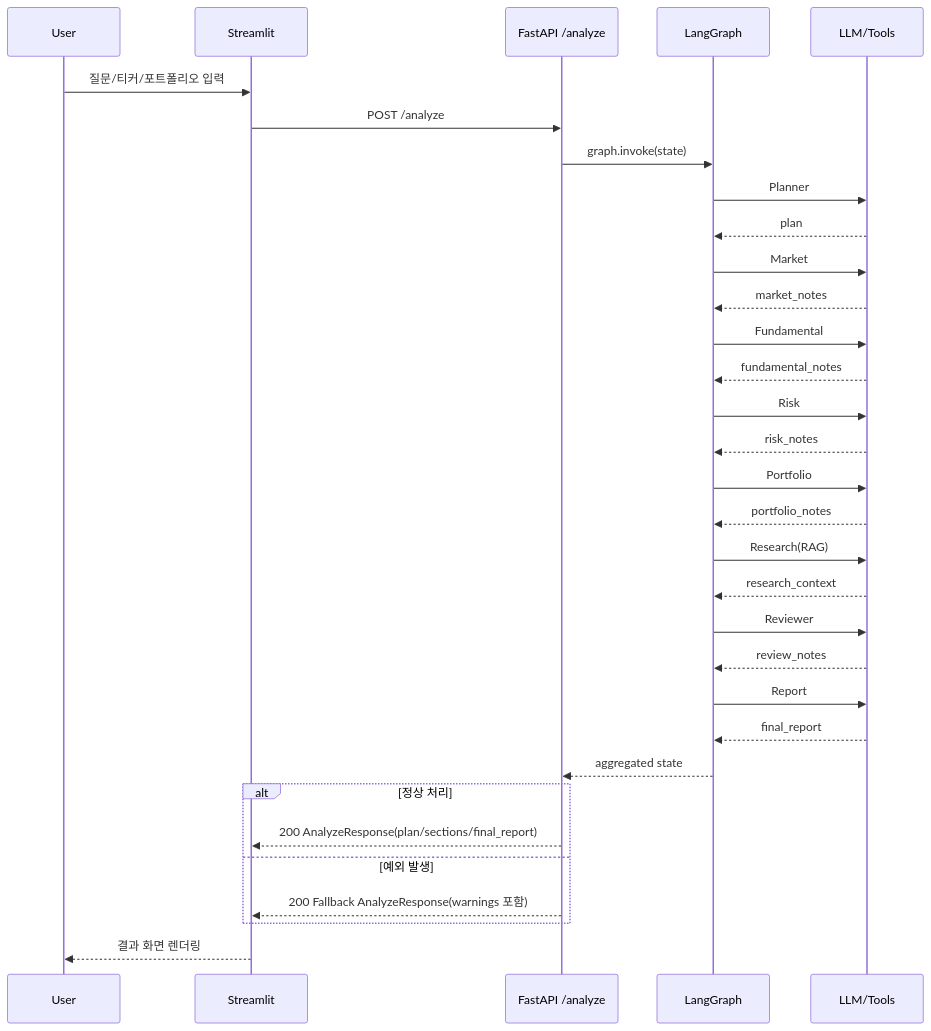
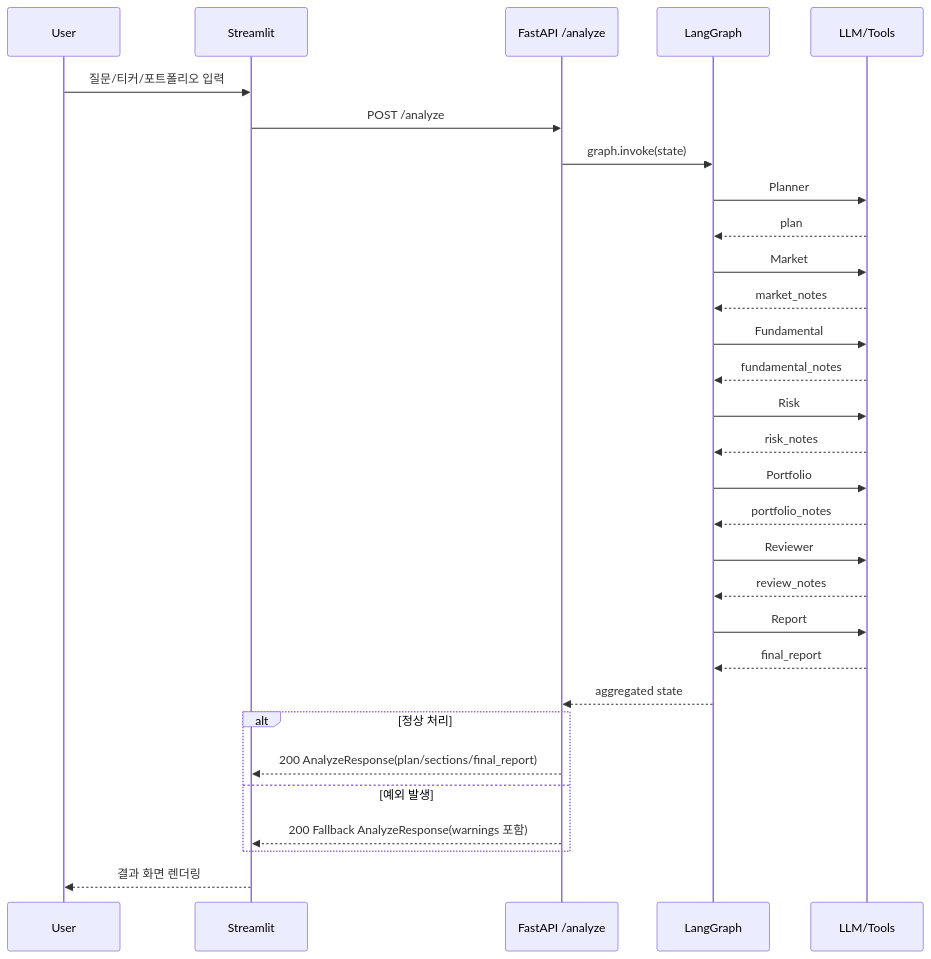
The second of 2 diagrams in README.md (sebastiaok/InvestAI), drawn with Mermaid before and after one commit. The commit also changed other lines of this file and 9 other files, not shown here.

````diff
--- a/README.md
+++ b/README.md
@@ -93,37 +100,35 @@
 ```mermaid
 sequenceDiagram
     participant U as User
     participant ST as Streamlit
     participant API as FastAPI /analyze
     participant G as LangGraph
     participant LLM as LLM/Tools
 
     U->>ST: 질문/티커/포트폴리오 입력
     ST->>API: POST /analyze
     API->>G: graph.invoke(state)
 
     G->>LLM: Planner
     LLM-->>G: plan
     G->>LLM: Market
     LLM-->>G: market_notes
     G->>LLM: Fundamental
     LLM-->>G: fundamental_notes
     G->>LLM: Risk
     LLM-->>G: risk_notes
     G->>LLM: Portfolio
     LLM-->>G: portfolio_notes
-    G->>LLM: Research(RAG)
-    LLM-->>G: research_context
     G->>LLM: Reviewer
     LLM-->>G: review_notes
     G->>LLM: Report
     LLM-->>G: final_report
     G-->>API: aggregated state
 
     alt 정상 처리
         API-->>ST: 200 AnalyzeResponse(plan/sections/final_report)
     else 예외 발생
         API-->>ST: 200 Fallback AnalyzeResponse(warnings 포함)
     end
     ST-->>U: 결과 화면 렌더링
 ```
````
